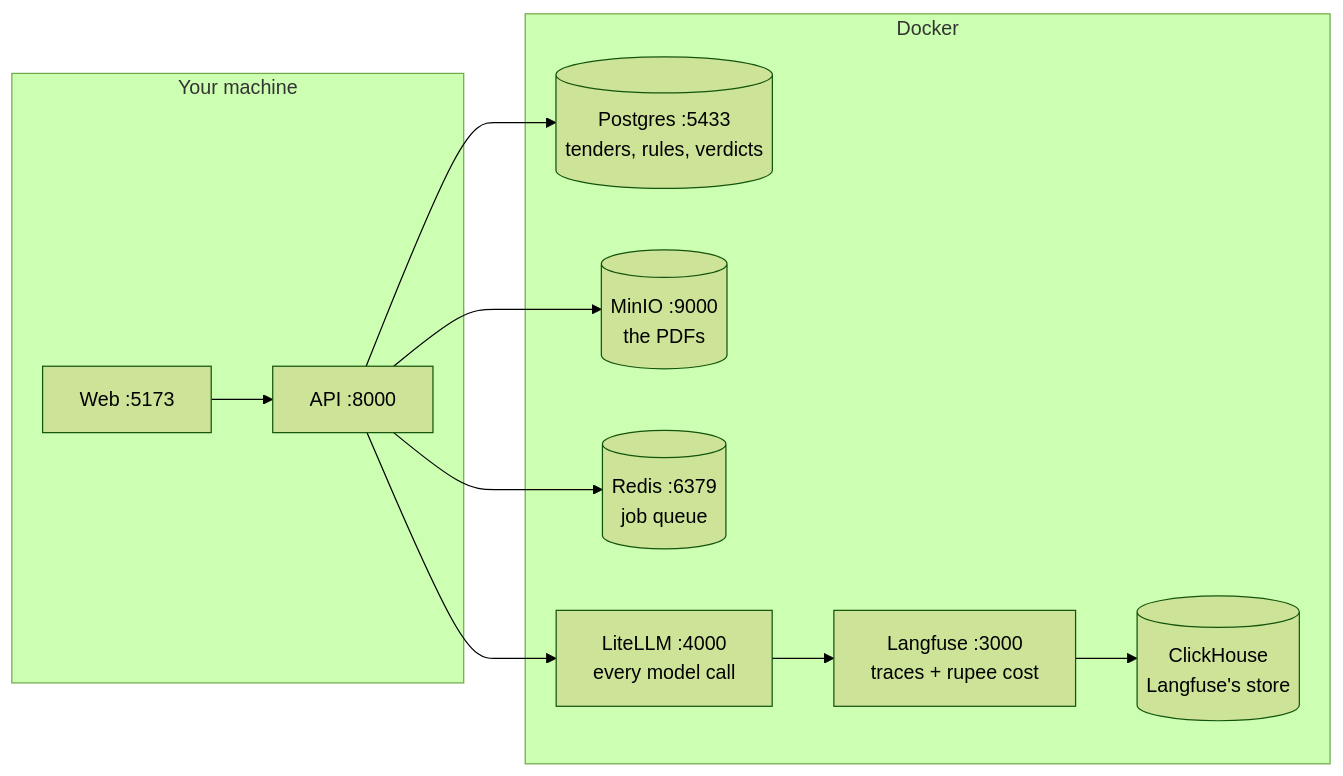
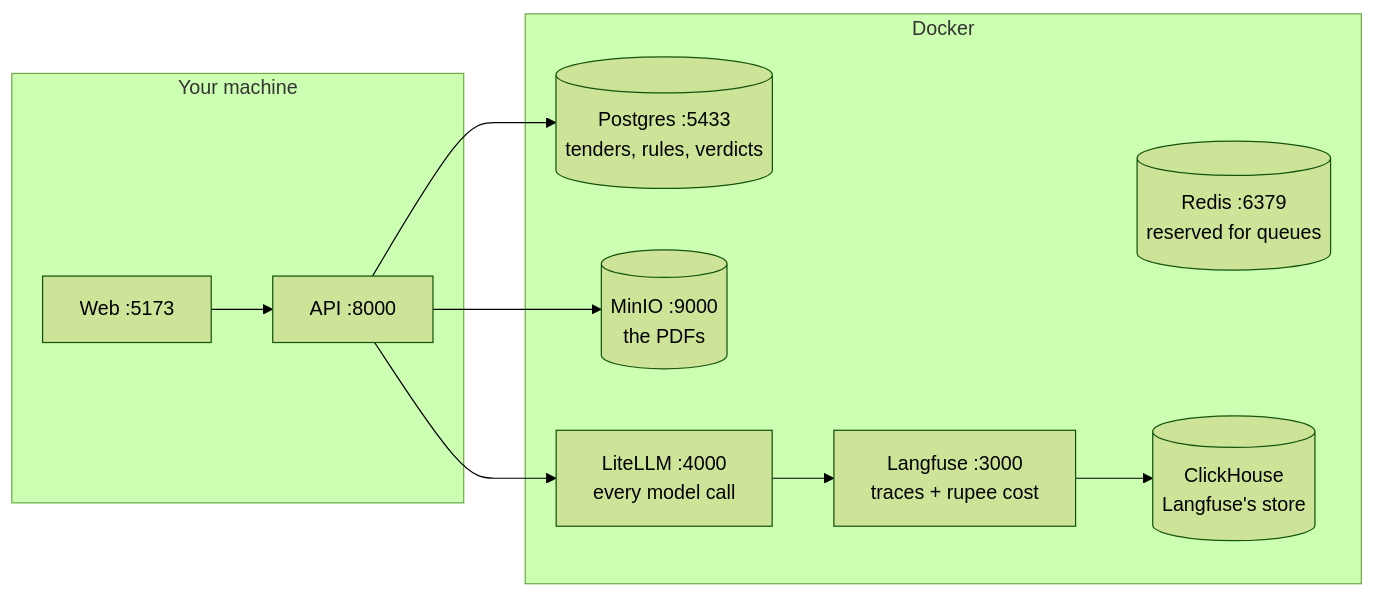
The sixth of 6 diagrams in README.md (Yuvraj0208/bidproof), drawn with Mermaid (forest theme) before and after one commit. The commit also changed other lines of this file and 1 other file, not shown here.

````diff
--- a/README.md
+++ b/README.md
@@ -230,22 +296,21 @@
 ```mermaid
 flowchart LR
     subgraph editor ["Your machine"]
         WEB["Web :5173"]
         API["API :8000"]
     end
     subgraph docker ["Docker"]
         PG[("Postgres :5433<br/>tenders, rules, verdicts")]
         MIN[("MinIO :9000<br/>the PDFs")]
-        RED[("Redis :6379<br/>job queue")]
+        RED[("Redis :6379<br/>reserved for queues")]
         LLM["LiteLLM :4000<br/>every model call"]
         LF["Langfuse :3000<br/>traces + rupee cost"]
         CH[("ClickHouse<br/>Langfuse's store")]
     end
     WEB --> API
     API --> PG
     API --> MIN
-    API --> RED
     API --> LLM
     LLM --> LF
     LF --> CH
 ```
````
